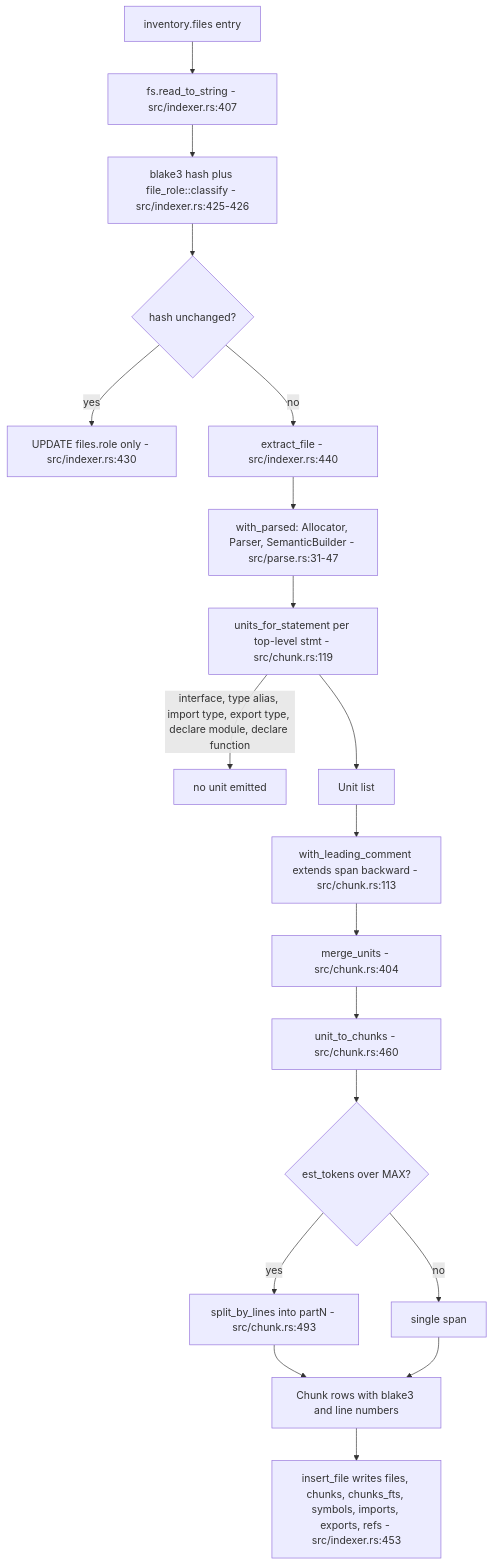
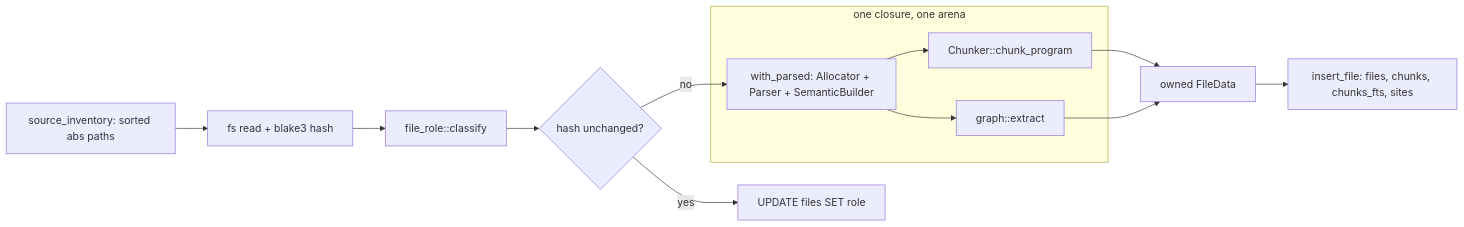
One commit to iantocristian/jscout changed the first of 3 diagrams in docs/codebase-analysis/02-ingestion.md. Above: the diagram before and after it, drawn with Mermaid. The commit also changed other lines of this file and 33 other files, not shown here.

````diff
--- a/docs/codebase-analysis/02-ingestion.md
+++ b/docs/codebase-analysis/02-ingestion.md
@@ -45,21 +11,15 @@
 ```mermaid
-flowchart TD
-  INV["inventory.files entry"] --> READ["fs.read_to_string - src/indexer.rs:407"]
-  READ --> HASH["blake3 hash plus file_role::classify - src/indexer.rs:425-426"]
-  HASH --> SAME{"hash unchanged?"}
-  SAME -->|"yes"| ROLEUP["UPDATE files.role only - src/indexer.rs:430"]
-  SAME -->|"no"| EXTRACT["extract_file - src/indexer.rs:440"]
-  EXTRACT --> ARENA["with_parsed: Allocator, Parser, SemanticBuilder - src/parse.rs:31-47"]
-  ARENA --> STMT["units_for_statement per top-level stmt - src/chunk.rs:119"]
-  STMT -->|"interface, type alias, import type, export type, declare module, declare function"| ERASED["no unit emitted"]
-  STMT --> UNITS["Unit list"]
-  UNITS --> COMMENT["with_leading_comment extends span backward - src/chunk.rs:113"]
-  COMMENT --> MERGE["merge_units - src/chunk.rs:404"]
-  MERGE --> U2C["unit_to_chunks - src/chunk.rs:460"]
-  U2C --> OVER{"est_tokens over MAX?"}
-  OVER -->|"yes"| SPLIT["split_by_lines into partN - src/chunk.rs:493"]
-  OVER -->|"no"| ONE["single span"]
-  SPLIT --> ROWS["Chunk rows with blake3 and line numbers"]
-  ONE --> ROWS
-  ROWS --> INSERT["insert_file writes files, chunks, chunks_fts, symbols, imports, exports, refs - src/indexer.rs:453"]
+flowchart LR
+  INV["source_inventory: sorted abs paths"] --> READ["fs read + blake3 hash"]
+  READ --> ROLE["file_role::classify"]
+  ROLE --> SAME{"hash unchanged?"}
+  SAME -->|yes| UPD["UPDATE files SET role"]
+  SAME -->|no| ARENA["with_parsed: Allocator + Parser + SemanticBuilder"]
+  subgraph SCOPE["one closure, one arena"]
+    ARENA --> CHUNK["Chunker::chunk_program"]
+    ARENA --> GRAPH["graph::extract"]
+  end
+  CHUNK --> FD["owned FileData"]
+  GRAPH --> FD
+  FD --> INS["insert_file: files, chunks, chunks_fts, sites"]
 ```
````
